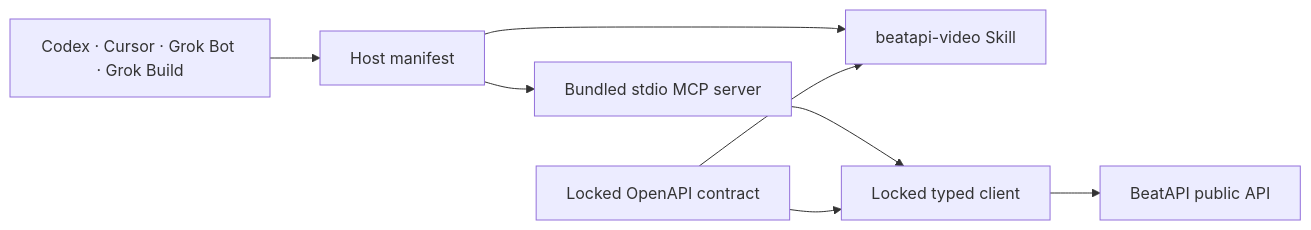
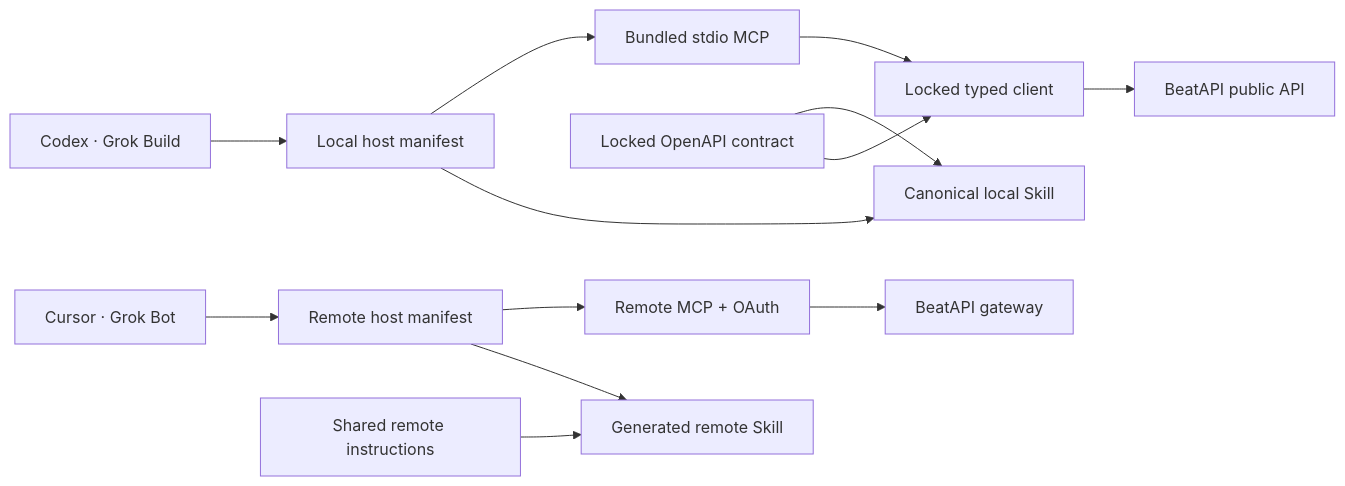
One commit to BeatAPI/beatapi-agent-plugin changed the diagram in README.md. Above: the diagram before and after it, drawn with Mermaid. The commit also changed other lines of this file and 17 other files, not shown here.

First line of the commit message:
feat(cursor): 适配 Cursor 与 Grok Bot 远程 OAuth 接入

````diff
--- a/README.md
+++ b/README.md
@@ -241,10 +242,15 @@
 ```mermaid
 flowchart LR
-  H[Codex · Cursor · Grok Bot · Grok Build] --> M[Host manifest]
-  M --> S[beatapi-video Skill]
-  M --> P[Bundled stdio MCP server]
+  H[Codex · Grok Build] --> M[Local host manifest]
+  M --> S[Canonical local Skill]
+  M --> P[Bundled stdio MCP]
   P --> C[Locked typed client]
   C --> A[BeatAPI public API]
   O[Locked OpenAPI contract] --> C
   O --> S
+  R[Cursor · Grok Bot] --> N[Remote host manifest]
+  N --> G[Generated remote Skill]
+  N --> Q[Remote MCP + OAuth]
+  Q --> B[BeatAPI gateway]
+  I[Shared remote instructions] --> G
 ```
````
